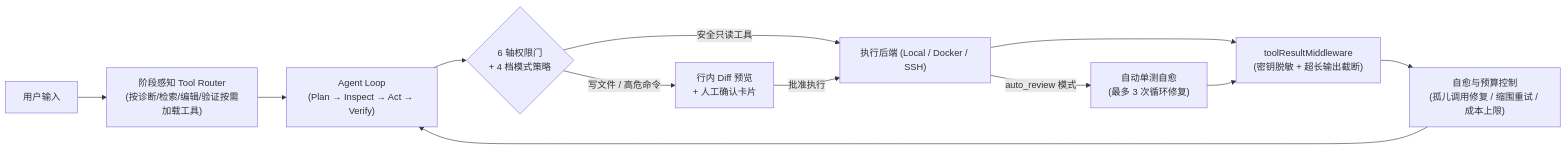
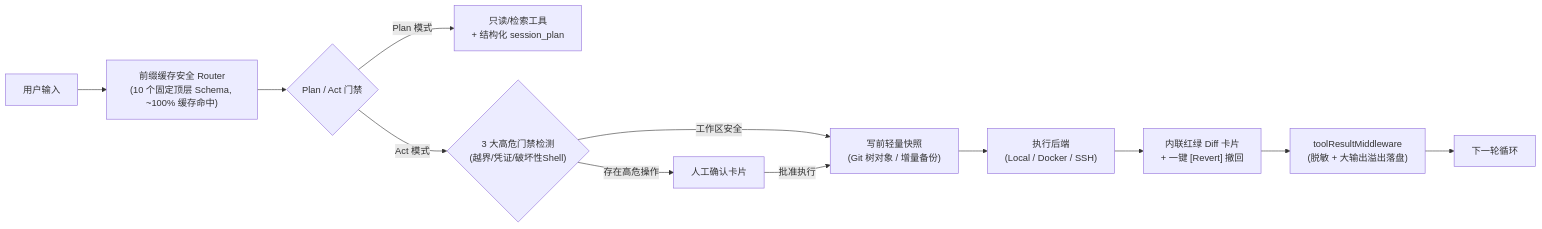
Before and after one commit to TQSY114514/Aether: the diagram in README.zh-CN.md, drawn with Mermaid. The commit also changed other lines of this file and 3 other files, not shown here.

Commit message:
docs: update branding, tagline, prefix-cache-safe routing and plan/act docs across all languages

````diff
--- a/README.zh-CN.md
+++ b/README.zh-CN.md
@@ -175,14 +181,14 @@
 ```mermaid
 flowchart LR
-  Input["用户输入"] --> Router["阶段感知 Tool Router<br/>(按诊断/检索/编辑/验证按需加载工具)"]
-  Router --> Loop["Agent Loop<br/>(Plan → Inspect → Act → Verify)"]
-  Loop --> Gate{"6 轴权限门<br/>+ 4 档模式策略"}
-  Gate -- "安全只读工具" --> Backend["执行后端 (Local / Docker / SSH)"]
-  Gate -- "写文件 / 高危命令" --> Review["行内 Diff 预览<br/>+ 人工确认卡片"]
-  Review -- "批准执行" --> Backend
-  Backend --> Sanitize["toolResultMiddleware<br/>(密钥脱敏 + 超长输出截断)"]
-  Backend -- "auto_review 模式" --> TDD["自动单测自愈<br/>(最多 3 次循环修复)"]
-  TDD --> Sanitize
-  Sanitize --> Recovery["自愈与预算控制<br/>(孤儿调用修复 / 缩围重试 / 成本上限)"]
-  Recovery --> Loop
+  Input["用户输入"] --> Router["前缀缓存安全 Router<br/>(10 个固定顶层 Schema, ~100% 缓存命中)"]
+  Router --> ModeCheck{"Plan / Act 门禁"}
+  ModeCheck -- "Plan 模式" --> ReadOnly["只读/检索工具<br/>+ 结构化 session_plan"]
+  ModeCheck -- "Act 模式" --> RiskCheck{"3 大高危门禁检测<br/>(越界/凭证/破坏性Shell)"}
+  RiskCheck -- "存在高危操作" --> Confirm["人工确认卡片"]
+  RiskCheck -- "工作区安全" --> Snap["写前轻量快照<br/>(Git 树对象 / 增量备份)"]
+  Confirm -- "批准执行" --> Snap
+  Snap --> Exec["执行后端<br/>(Local / Docker / SSH)"]
+  Exec --> InlineDiff["内联红绿 Diff 卡片<br/>+ 一键 [Revert] 撤回"]
+  InlineDiff --> Sanitize["toolResultMiddleware<br/>(脱敏 + 大输出溢出落盘)"]
+  Sanitize --> Loop["下一轮循环"]
 ```
````
